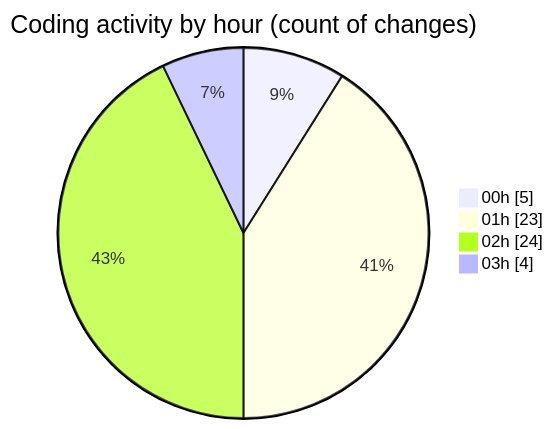
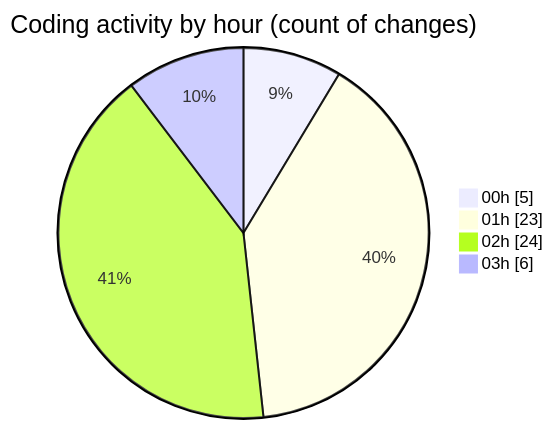
Before and after one commit to julien-gomy/code-tracking: the second of 2 diagrams in 2025-11-06/usr_aleoudev_fr__workspace_/README.md, drawn with Mermaid. The commit also changed other lines of this file and 1 other file, not shown here.

````diff
--- a/2025-11-06/usr_aleoudev_fr__workspace_/README.md
+++ b/2025-11-06/usr_aleoudev_fr__workspace_/README.md
@@ -33,8 +33,8 @@
 ```mermaid
 pie showData
 title Coding activity by hour (count of changes)
 "00h" : 5
 "01h" : 23
 "02h" : 24
-"03h" : 4
+"03h" : 6
 ```
````
